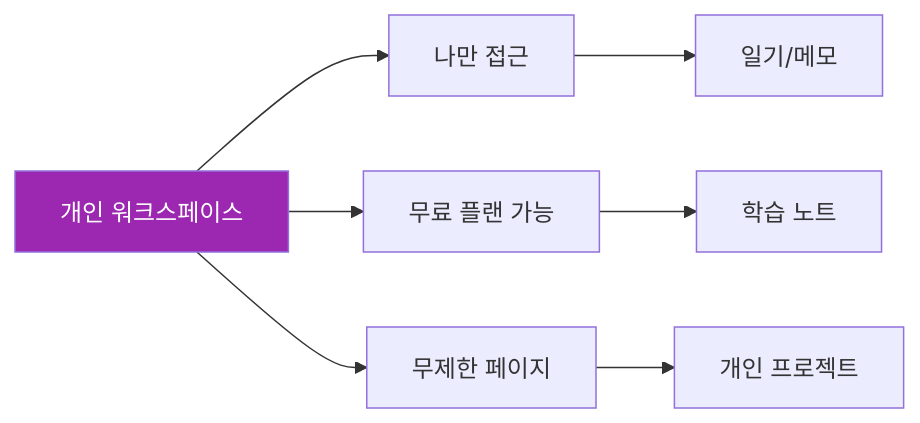
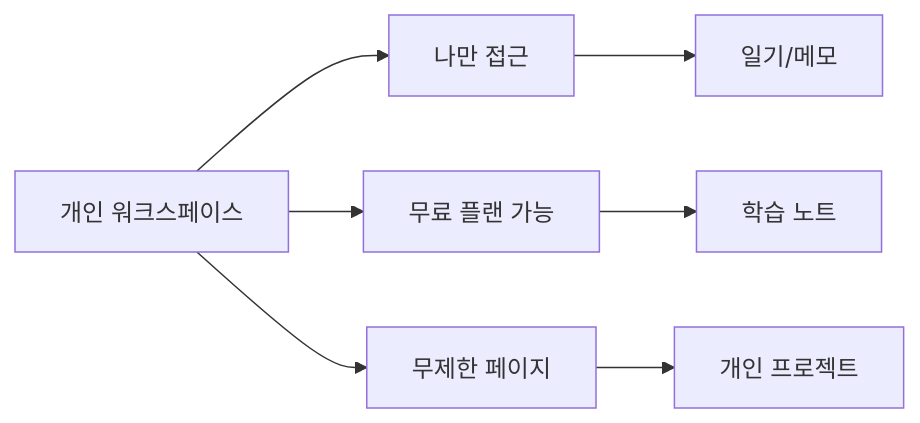
Before and after one commit to nugurejeil/weniVooks: the second of 26 diagrams in _md/genai-notion/chapter07/07-1.md, drawn with Mermaid. The commit also changed other lines of this file and 187 other files, not shown here.

````diff
--- a/_md/genai-notion/chapter07/07-1.md
+++ b/_md/genai-notion/chapter07/07-1.md
@@ -45,12 +44,10 @@
 ```mermaid
 graph LR
     A[개인 워크스페이스] --> B[나만 접근]
     A --> C[무료 플랜 가능]
     A --> D[무제한 페이지]
 
     B --> E[일기/메모]
     C --> F[학습 노트]
     D --> G[개인 프로젝트]
-
-    style A fill:#9C27B0,color:#fff
 ```
````
